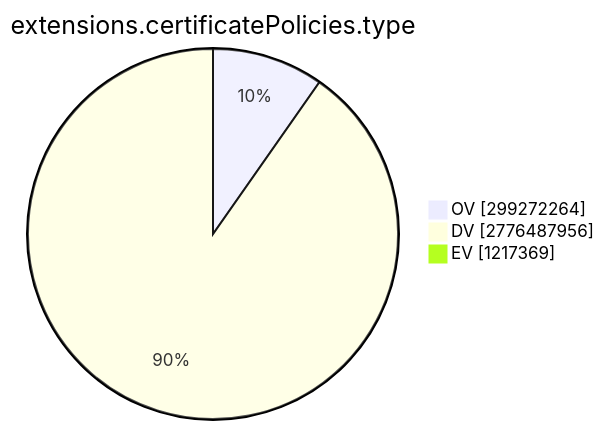
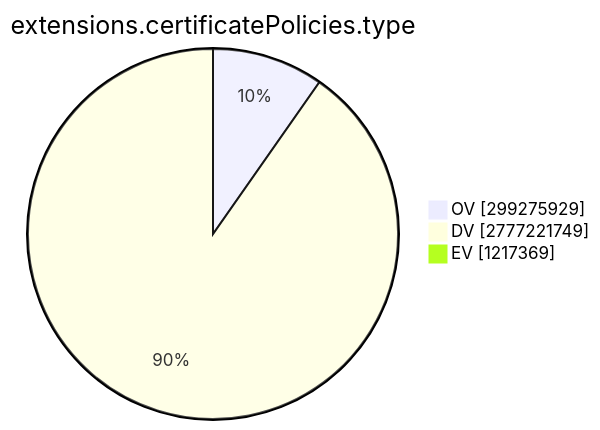
The ninth of 15 diagrams in TOTAL/README.md (christiankrug/ctmonitor_visualization), drawn with Mermaid before and after one commit. The commit also changed other lines of this file, not shown here.

````diff
--- a/TOTAL/README.md
+++ b/TOTAL/README.md
@@ -3101,7 +3101,7 @@
 ```mermaid
 pie showData
 title extensions.certificatePolicies.type
-"OV" :299272264
-"DV" :2776487956
+"OV" :299275929
+"DV" :2777221749
 "EV" :1217369
 ```
````
